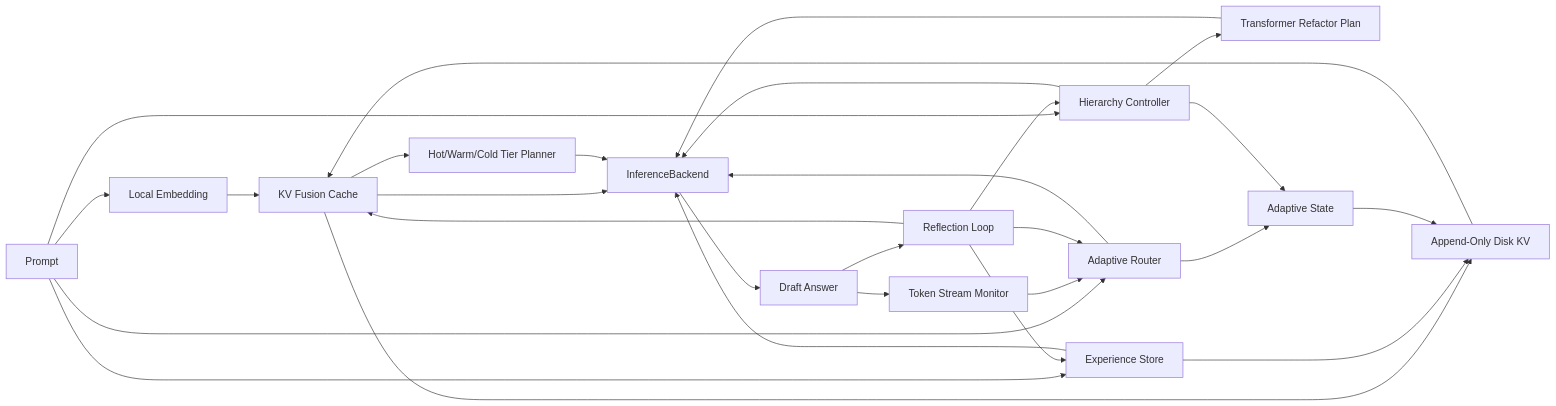
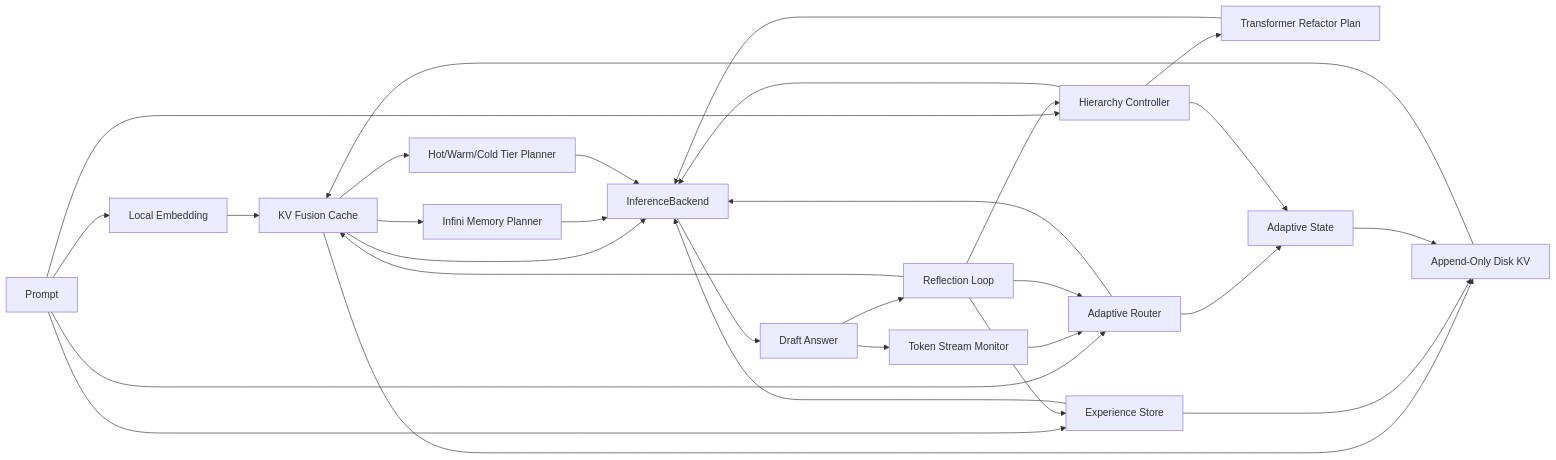
One commit to yanghao1143/rust-norion changed the diagram in README.md. Above: the diagram before and after it, drawn with Mermaid. The commit also changed other lines of this file and 6 other files, not shown here.

Commit message:
Add Infini-style memory planner

````diff
--- a/README.md
+++ b/README.md
@@ -123,30 +124,32 @@
 ```mermaid
 flowchart LR
     Prompt[Prompt] --> Embed[Local Embedding]
     Embed --> Memory[KV Fusion Cache]
+    Memory --> Infini[Infini Memory Planner]
     Memory --> DiskKV[Append-Only Disk KV]
     Memory --> Tiers[Hot/Warm/Cold Tier Planner]
     Prompt --> Router[Adaptive Router]
     Prompt --> Hierarchy[Hierarchy Controller]
     Prompt --> Experience[Experience Store]
     Hierarchy --> Transformer[Transformer Refactor Plan]
     Memory --> Backend[InferenceBackend]
+    Infini --> Backend
     DiskKV --> Memory
     Tiers --> Backend
     Experience --> Backend
     Transformer --> Backend
     Router --> Backend
     Hierarchy --> Backend
     Backend --> Draft[Draft Answer]
     Draft --> Stream[Token Stream Monitor]
     Draft --> Reflect[Reflection Loop]
     Stream --> Router
     Reflect --> Experience[Experience Store]
     Reflect --> Memory
     Experience --> DiskKV
     Reflect --> Router
     Reflect --> Hierarchy
     Router --> Adaptive[Adaptive State]
     Hierarchy --> Adaptive
     Adaptive --> DiskKV
 ```
````
